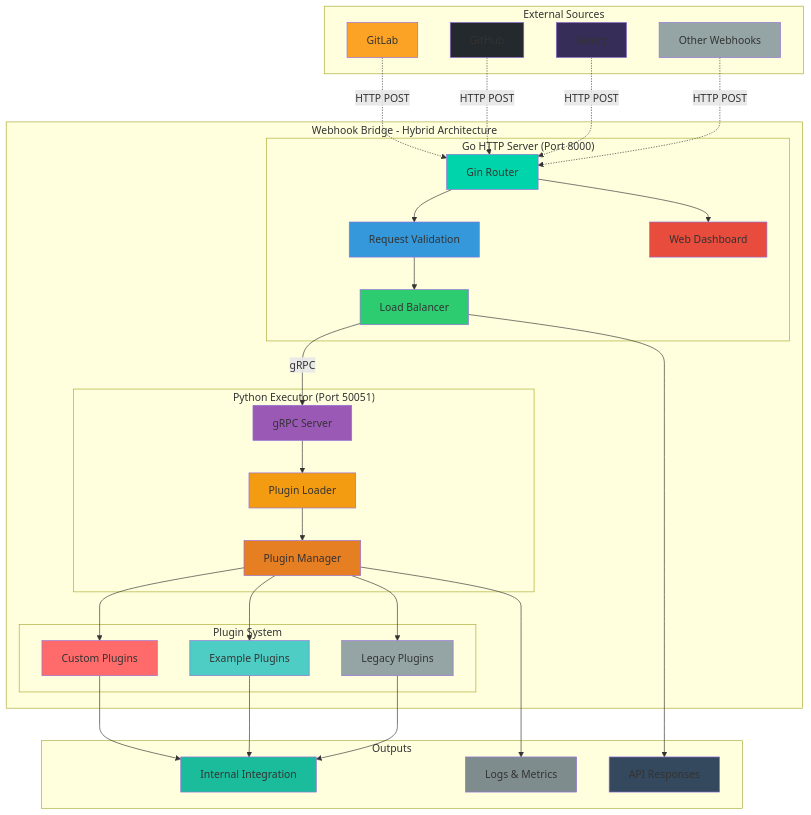
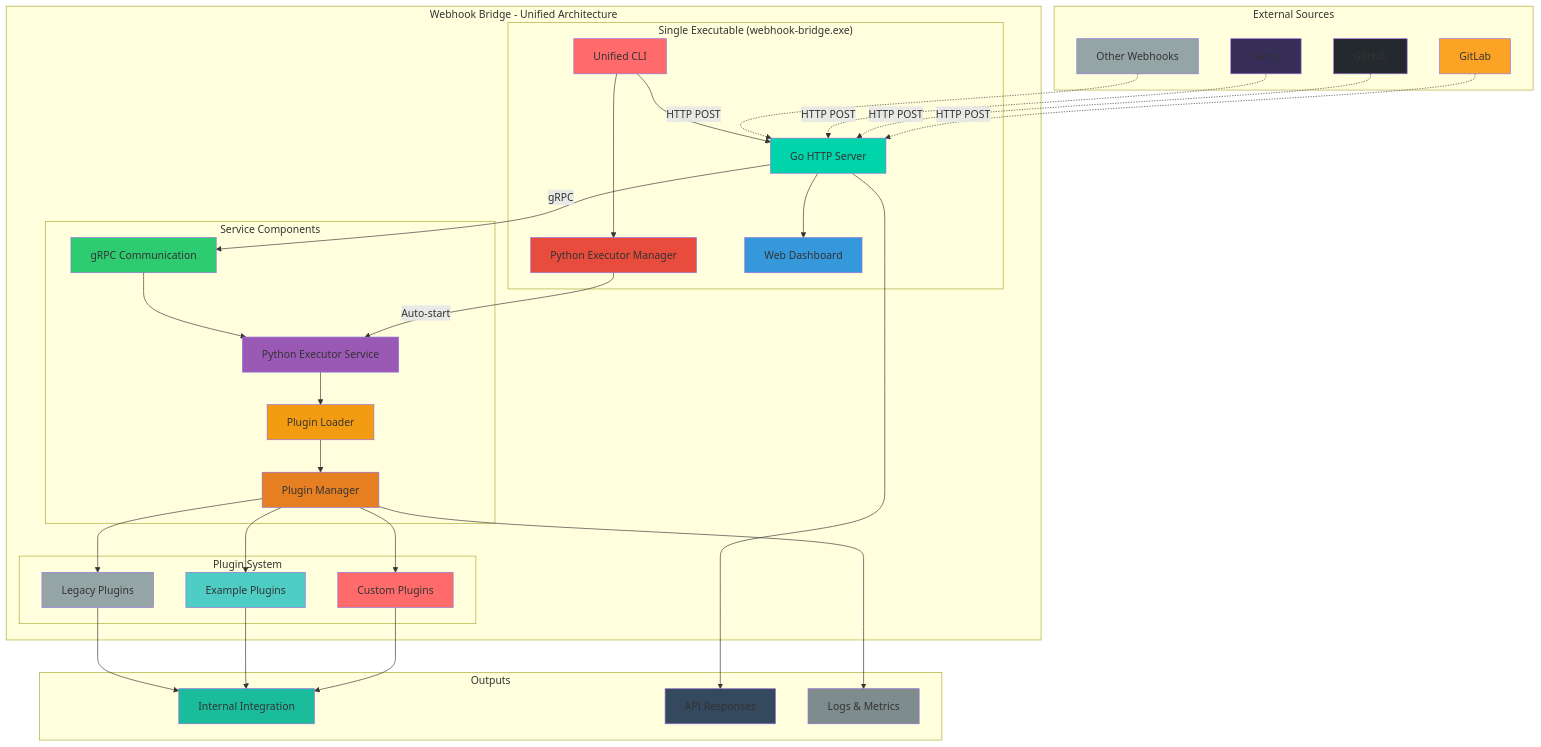
Before and after one commit to loonghao/webhook_bridge: the diagram in README.md, drawn with Mermaid. The commit also changed other lines of this file and 56 other files, not shown here.

First line of the commit message:
feat: simplify CLI architecture and clean up codebase

````diff
--- a/README.md
+++ b/README.md
@@ -18,77 +18,81 @@
 ```mermaid
 flowchart TB
     subgraph "External Sources"
         A[GitLab]
         B[GitHub]
         C[Sentry]
         D[Other Webhooks]
     end
 
-    subgraph "Webhook Bridge - Hybrid Architecture"
-        subgraph "Go HTTP Server (Port 8000)"
-            E[Gin Router]
-            F[Request Validation]
-            G[Load Balancer]
+    subgraph "Webhook Bridge - Unified Architecture"
+        subgraph "Single Executable (webhook-bridge.exe)"
+            E[Unified CLI]
+            F[Go HTTP Server]
+            G[Python Executor Manager]
             H[Web Dashboard]
         end
 
-        subgraph "Python Executor (Port 50051)"
-            I[gRPC Server]
+        subgraph "Service Components"
+            I[Python Executor Service]
             J[Plugin Loader]
             K[Plugin Manager]
+            L[gRPC Communication]
         end
 
         subgraph "Plugin System"
-            L[Custom Plugins]
-            M[Example Plugins]
-            N[Legacy Plugins]
+            M[Custom Plugins]
+            N[Example Plugins]
+            O[Legacy Plugins]
         end
     end
 
     subgraph "Outputs"
-        O[Internal Integration]
-        P[API Responses]
-        Q[Logs & Metrics]
+        P[Internal Integration]
+        Q[API Responses]
+        R[Logs & Metrics]
     end
 
-    A -.->|HTTP POST| E
-    B -.->|HTTP POST| E
-    C -.->|HTTP POST| E
-    D -.->|HTTP POST| E
+    A -.->|HTTP POST| F
+    B -.->|HTTP POST| F
+    C -.->|HTTP POST| F
+    D -.->|HTTP POST| F
 
     E --> F
-    F --> G
-    G -->|gRPC| I
-    E --> H
+    E --> G
+    F --> H
+    G -->|Auto-start| I
+    F -->|gRPC| L
+    L --> I
 
     I --> J
     J --> K
-    K --> L
     K --> M
     K --> N
+    K --> O
 
-    L --> O
-    M --> O
-    N --> O
+    M --> P
+    N --> P
+    O --> P
 
-    G --> P
-    K --> Q
+    F --> Q
+    K --> R
 
     style A fill:#FCA326
     style B fill:#24292e
     style C fill:#362D59
     style D fill:#95A5A6
-    style E fill:#00D4AA
-    style F fill:#3498DB
-    style G fill:#2ECC71
-    style H fill:#E74C3C
+    style E fill:#FF6B6B
+    style F fill:#00D4AA
+    style G fill:#E74C3C
+    style H fill:#3498DB
     style I fill:#9B59B6
     style J fill:#F39C12
     style K fill:#E67E22
-    style L fill:#FF6B6B
-    style M fill:#4ECDC4
-    style N fill:#95A5A6
-    style O fill:#1ABC9C
-    style P fill:#34495E
-    style Q fill:#7F8C8D
+    style L fill:#2ECC71
+    style M fill:#FF6B6B
+    style N fill:#4ECDC4
+    style O fill:#95A5A6
+    style P fill:#1ABC9C
+    style Q fill:#34495E
+    style R fill:#7F8C8D
 ```
````
